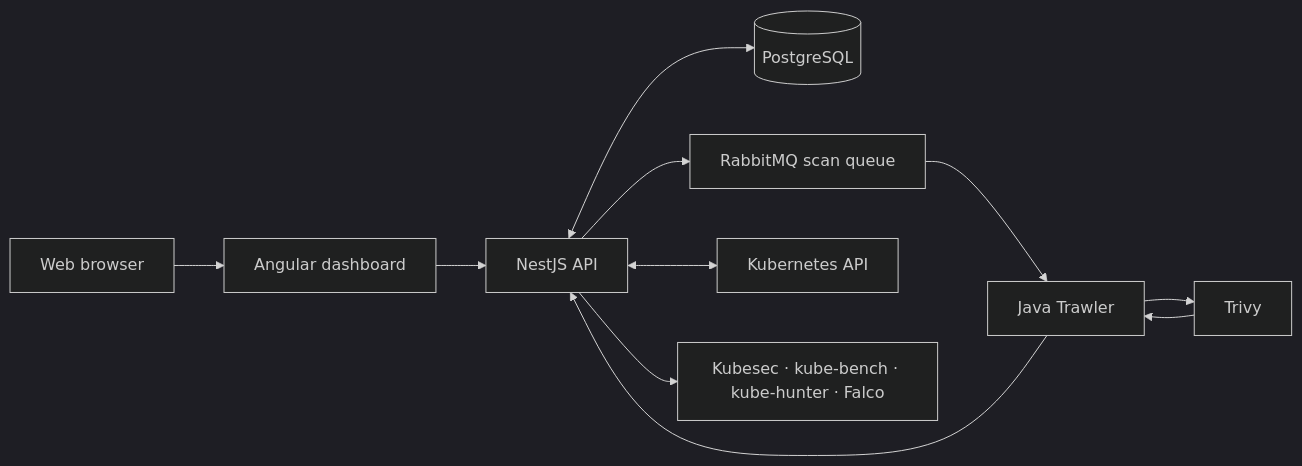
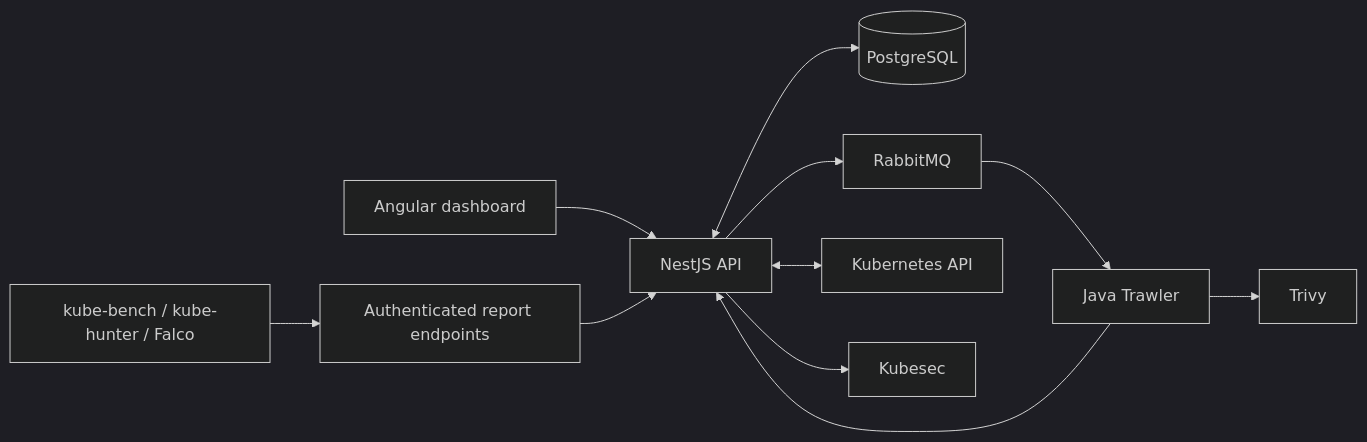
Before and after one commit to sm-joe/m9sweeper-modern: the diagram in README.md, drawn with Mermaid (dark theme). The commit also changed other lines of this file, not shown here.

Commit message:
docs: professional Linux-first README with architecture, install and operator-verified EKS acceptance

````diff
--- a/README.md
+++ b/README.md
@@ -46,13 +40,13 @@
 ```mermaid
 flowchart LR
-    Browser["Web browser"] --> Dashboard["Angular dashboard"]
-    Dashboard --> API["NestJS API"]
-    API <--> DB[("PostgreSQL")]
-    API --> Queue["RabbitMQ scan queue"]
-    Queue --> Worker["Java Trawler"]
-    Worker --> Trivy["Trivy"]
-    Trivy --> Worker
-    Worker --> API
-    API <--> Cluster["Kubernetes API"]
-    API --> Optional["Kubesec · kube-bench · kube-hunter · Falco"]
+  UI[Angular dashboard] --> API[NestJS API]
+  API <--> DB[(PostgreSQL)]
+  API --> MQ[RabbitMQ]
+  MQ --> Worker[Java Trawler]
+  Worker --> Trivy[Trivy]
+  Worker --> API
+  API <--> K8s[Kubernetes API]
+  Scanner[kube-bench / kube-hunter / Falco] --> Ingest[Authenticated report endpoints]
+  Ingest --> API
+  API --> Kubesec[Kubesec]
 ```
````
